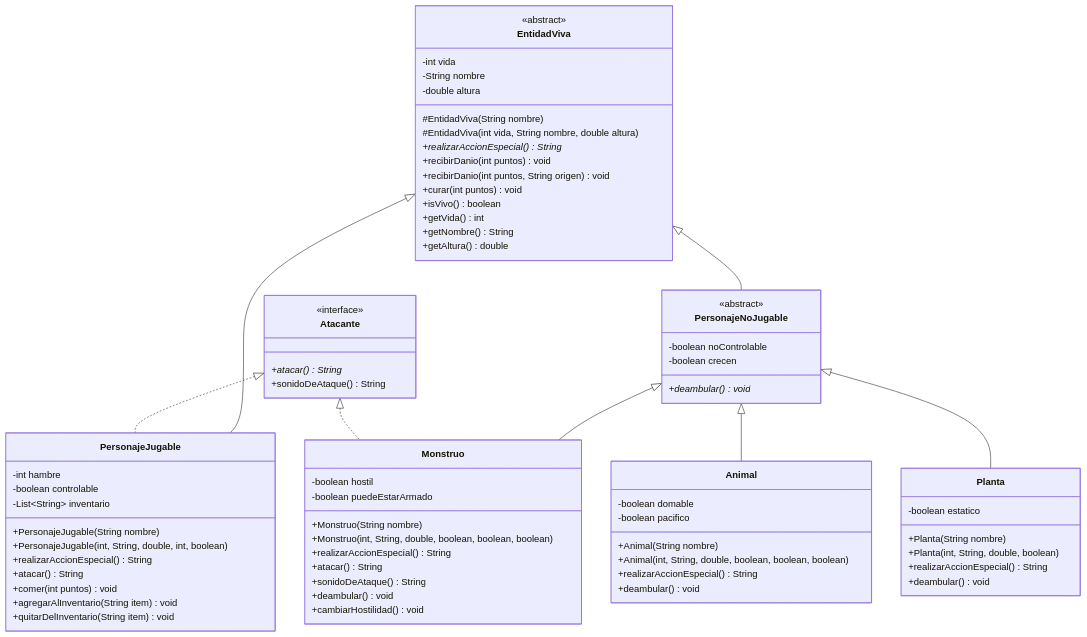
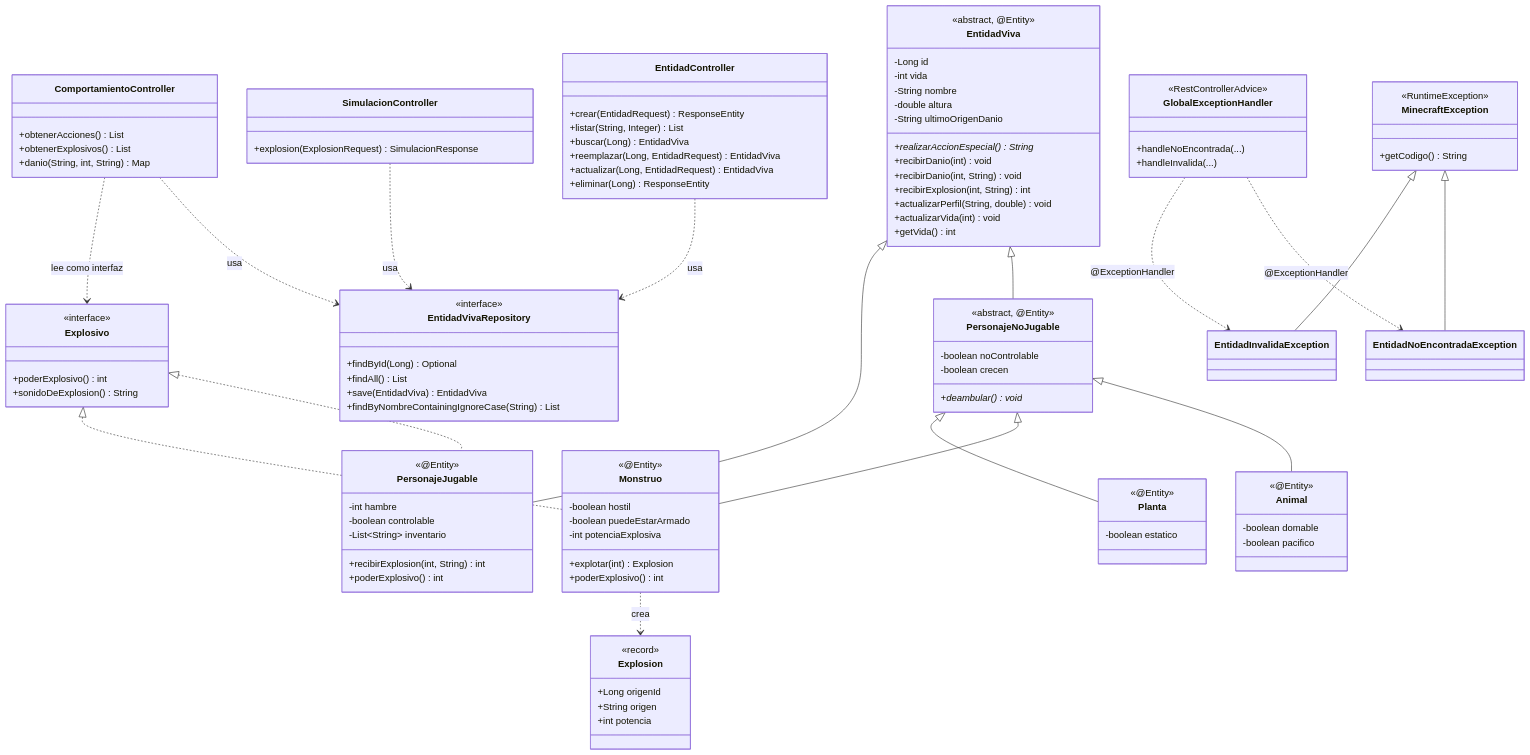
The diagram in README.md (Adrian-312/avera-tplp3-2026), drawn with Mermaid before and after one commit. The commit also changed other lines of this file and 3 other files, not shown here.

Commit message:
Actualizar README, bitacora, RUN y especificaciones del dominio

````diff
--- a/README.md
+++ b/README.md
@@ -3,75 +72,128 @@
 ```mermaid
 classDiagram
     class EntidadViva {
-        <<abstract>>
+        <<abstract, @Entity>>
+        -Long id
         -int vida
         -String nombre
         -double altura
-        #EntidadViva(String nombre)
-        #EntidadViva(int vida, String nombre, double altura)
+        -String ultimoOrigenDanio
         +realizarAccionEspecial()* String
-        +recibirDanio(int puntos) void
-        +recibirDanio(int puntos, String origen) void
-        +curar(int puntos) void
-        +isVivo() boolean
+        +recibirDanio(int) void
+        +recibirDanio(int, String) void
+        +recibirExplosion(int, String) int
+        +actualizarPerfil(String, double) void
+        +actualizarVida(int) void
         +getVida() int
-        +getNombre() String
-        +getAltura() double
     }
-    class Atacante {
-        <<interface>>
-        +atacar()* String
-        +sonidoDeAtaque() String
-    }
-    class PersonajeJugable {
-        -int hambre
-        -boolean controlable
-        -List~String~ inventario
-        +PersonajeJugable(String nombre)
-        +PersonajeJugable(int, String, double, int, boolean)
-        +realizarAccionEspecial() String
-        +atacar() String
-        +comer(int puntos) void
-        +agregarAlInventario(String item) void
-        +quitarDelInventario(String item) void
-    }
+
     class PersonajeNoJugable {
-        <<abstract>>
+        <<abstract, @Entity>>
         -boolean noControlable
         -boolean crecen
         +deambular()* void
     }
+
+    class PersonajeJugable {
+        <<@Entity>>
+        -int hambre
+        -boolean controlable
+        -List~String~ inventario
+        +recibirExplosion(int, String) int
+        +poderExplosivo() int
+    }
+
+    class Monstruo {
+        <<@Entity>>
+        -boolean hostil
+        -boolean puedeEstarArmado
+        -int potenciaExplosiva
+        +explotar(int) Explosion
+        +poderExplosivo() int
+    }
+
     class Animal {
+        <<@Entity>>
         -boolean domable
         -boolean pacifico
-        +Animal(String nombre)
-        +Animal(int, String, double, boolean, boolean, boolean)
-        +realizarAccionEspecial() String
-        +deambular() void
     }
-    class Monstruo {
-        -boolean hostil
-        -boolean puedeEstarArmado
-        +Monstruo(String nombre)
-        +Monstruo(int, String, double, boolean, boolean, boolean)
-        +realizarAccionEspecial() String
-        +atacar() String
-        +sonidoDeAtaque() String
-        +deambular() void
-        +cambiarHostilidad() void
+
+    class Planta {
+        <<@Entity>>
+        -boolean estatico
     }
-    class Planta {
-        -boolean estatico
-        +Planta(String nombre)
-        +Planta(int, String, double, boolean)
-        +realizarAccionEspecial() String
-        +deambular() void
+
+    class Explosivo {
+        <<interface>>
+        +poderExplosivo() int
+        +sonidoDeExplosion() String
     }
+
+    class Explosion {
+        <<record>>
+        +Long origenId
+        +String origen
+        +int potencia
+    }
+
+    class EntidadVivaRepository {
+        <<interface>>
+        +findById(Long) Optional
+        +findAll() List
+        +save(EntidadViva) EntidadViva
+        +findByNombreContainingIgnoreCase(String) List
+    }
+
+    class EntidadController {
+        +crear(EntidadRequest) ResponseEntity
+        +listar(String, Integer) List
+        +buscar(Long) EntidadViva
+        +reemplazar(Long, EntidadRequest) EntidadViva
+        +actualizar(Long, EntidadRequest) EntidadViva
+        +eliminar(Long) ResponseEntity
+    }
+
+    class SimulacionController {
+        +explosion(ExplosionRequest) SimulacionResponse
+    }
+
+    class ComportamientoController {
+        +obtenerAcciones() List
+        +obtenerExplosivos() List
+        +danio(String, int, String) Map
+    }
+
+    class MinecraftException {
+        <<RuntimeException>>
+        +getCodigo() String
+    }
+
+    class EntidadNoEncontradaException
+    class EntidadInvalidaException
+
+    class GlobalExceptionHandler {
+        <<RestControllerAdvice>>
+        +handleNoEncontrada(...)
+        +handleInvalida(...)
+    }
+
+    EntidadViva <|-- PersonajeNoJugable
     EntidadViva <|-- PersonajeJugable
-    EntidadViva <|-- PersonajeNoJugable
     PersonajeNoJugable <|-- Animal
     PersonajeNoJugable <|-- Monstruo
     PersonajeNoJugable <|-- Planta
-    Atacante <|.. PersonajeJugable
-    Atacante <|.. Monstruo
+
+    Explosivo <|.. PersonajeJugable
+    Explosivo <|.. Monstruo
+    Monstruo ..> Explosion : crea
+
+    EntidadController ..> EntidadVivaRepository : usa
+    SimulacionController ..> EntidadVivaRepository : usa
+    ComportamientoController ..> EntidadVivaRepository : usa
+    ComportamientoController ..> Explosivo : lee como interfaz
+
+    MinecraftException <|-- EntidadNoEncontradaException
+    MinecraftException <|-- EntidadInvalidaException
+    GlobalExceptionHandler ..> EntidadNoEncontradaException : @ExceptionHandler
+    GlobalExceptionHandler ..> EntidadInvalidaException : @ExceptionHandler
 ```
````
